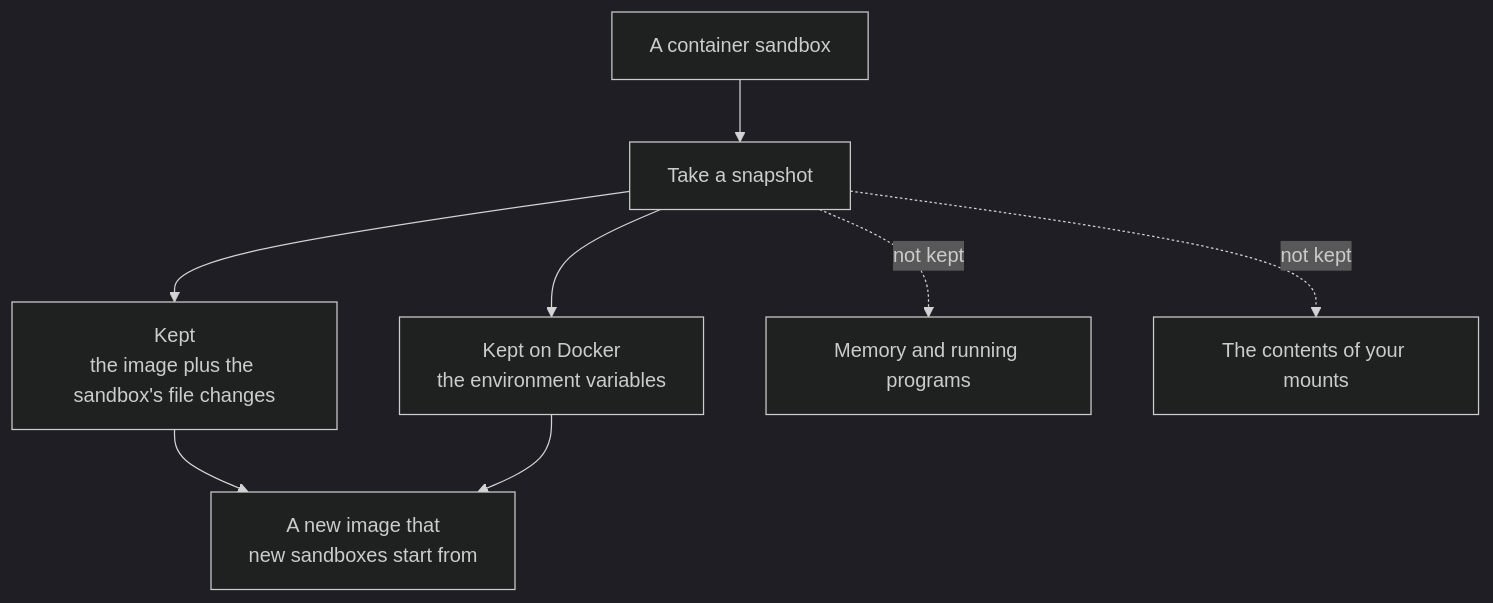
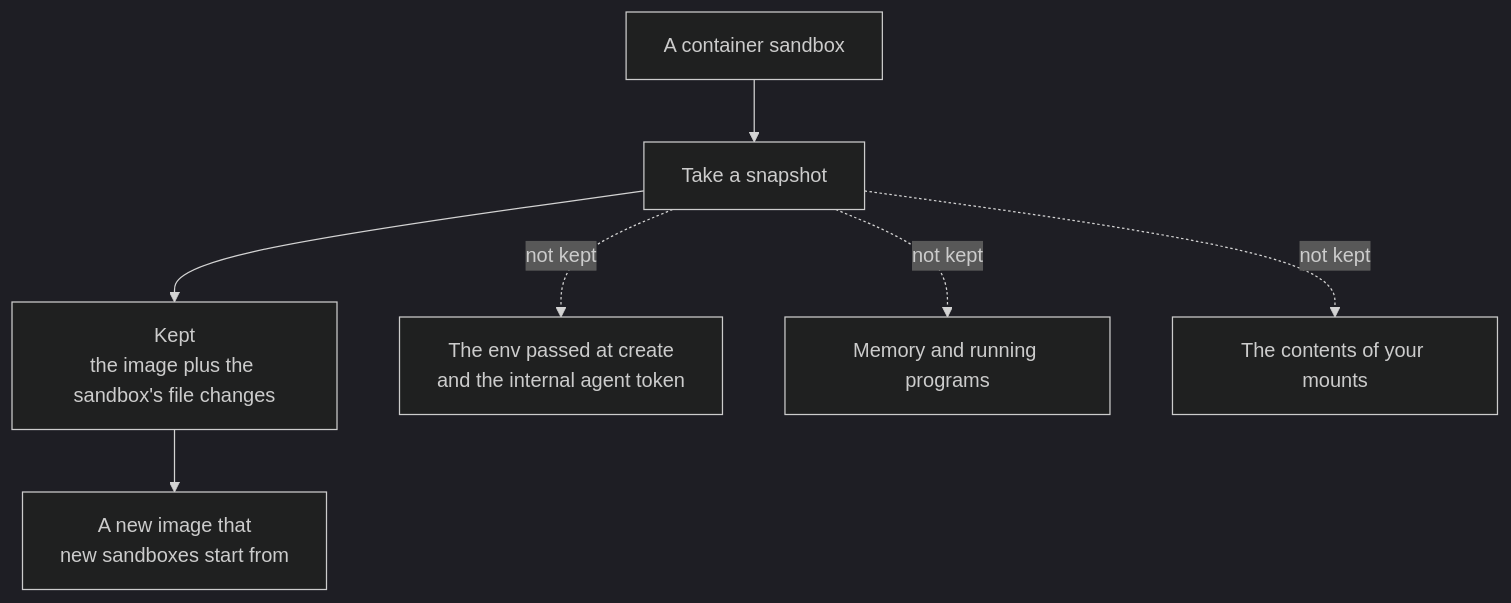
Before and after one commit to aerol-ai/microvm: the fourth of 4 diagrams in docs/src/content/docs/engineering-sandbox-filesystem.mdx, drawn with Mermaid (dark theme). The commit also changed other lines of this file and 5 other files, not shown here.

First line of the commit message:
docs: snapshots no longer keep create env

````diff
--- a/docs/src/content/docs/engineering-sandbox-filesystem.mdx
+++ b/docs/src/content/docs/engineering-sandbox-filesystem.mdx
@@ -200,10 +200,9 @@
 ```mermaid
 flowchart TB
     SB["A container sandbox"] --> Snap["Take a snapshot"]
     Snap --> Files["Kept<br/>the image plus the sandbox's file changes"]
-    Snap --> Env["Kept on Docker<br/>the environment variables"]
+    Snap -. "not kept" .-> Env["The env passed at create<br/>and the internal agent token"]
     Snap -. "not kept" .-> Mem["Memory and running programs"]
     Snap -. "not kept" .-> Mnt["The contents of your mounts"]
     Files --> New["A new image that<br/>new sandboxes start from"]
-    Env --> New
 ```
````
